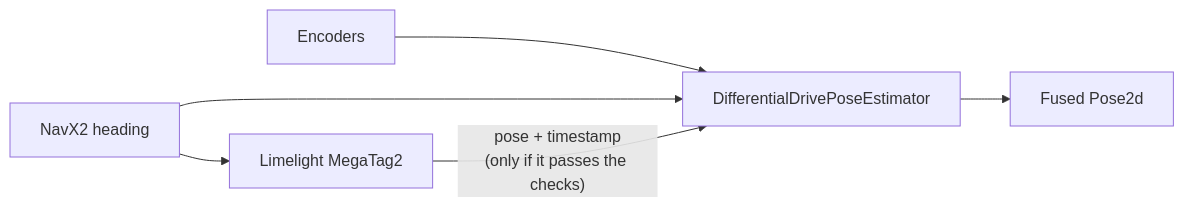
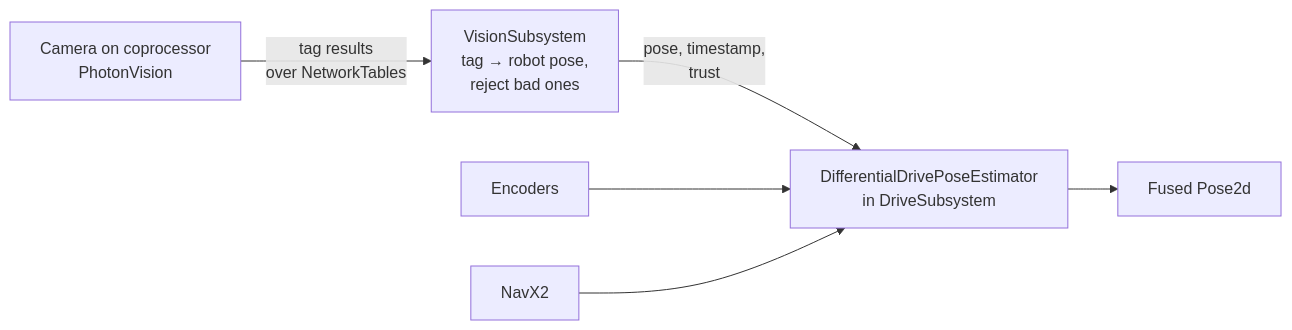
Before and after one commit to Robojacks/frc-course: the diagram in src/going-further/18-vision.md, drawn with Mermaid. The commit also changed other lines of this file and 41 other files, not shown here.

First line of the commit message:
Lesson 18: switch from Limelight to PhotonVision

````diff
--- a/src/going-further/18-vision.md
+++ b/src/going-further/18-vision.md
@@ -79,8 +91,8 @@
 ```mermaid
 flowchart LR
-  E[Encoders] --> PE[DifferentialDrivePoseEstimator]
-  G[NavX2 heading] --> PE
-  G --> L[Limelight MegaTag2]
-  L -- "pose + timestamp<br/>(only if it passes the checks)" --> PE
+  C[Camera on coprocessor<br/>PhotonVision] -- "tag results<br/>over NetworkTables" --> V[VisionSubsystem<br/>tag → robot pose,<br/>reject bad ones]
+  V -- "pose, timestamp,<br/>trust" --> PE[DifferentialDrivePoseEstimator<br/>in DriveSubsystem]
+  E[Encoders] --> PE
+  G[NavX2] --> PE
   PE --> P[Fused Pose2d]
 ```
````
